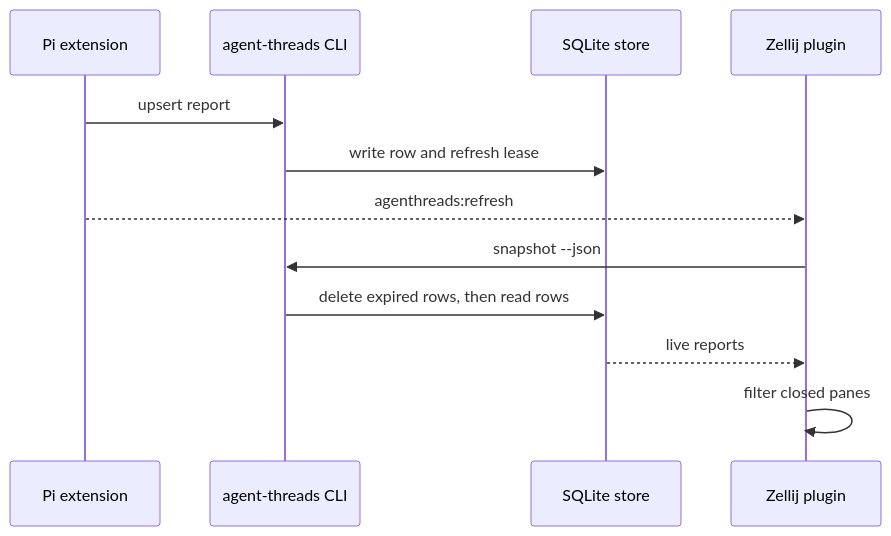
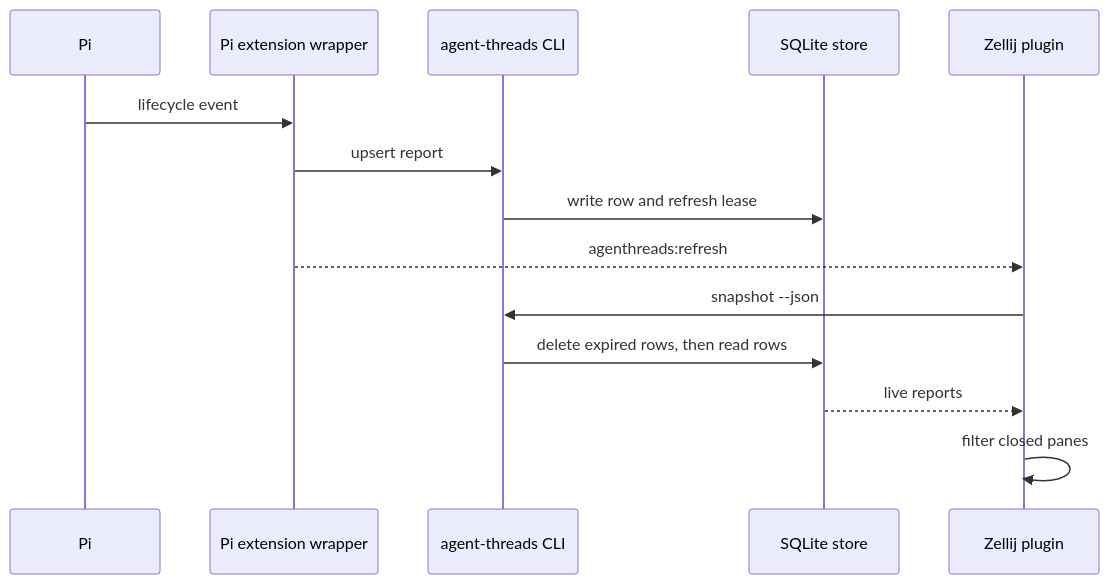
One commit to zenobi-us/zellij-agent-threads changed the sixth of 6 diagrams in apps/docs/content/how-it-works.md. Above: the diagram before and after it, drawn with Mermaid. The commit also changed other lines of this file and 8 other files, not shown here.

````diff
--- a/apps/docs/content/how-it-works.md
+++ b/apps/docs/content/how-it-works.md
@@ -151,14 +122,16 @@
 ```mermaid
 sequenceDiagram
-  participant Pi as Pi extension
+  participant Pi as Pi
+  participant Extension as Pi extension wrapper
   participant CLI as agent-threads CLI
   participant DB as SQLite store
   participant Plugin as Zellij plugin
-  Pi->>CLI: upsert report
+  Pi->>Extension: lifecycle event
+  Extension->>CLI: upsert report
   CLI->>DB: write row and refresh lease
-  Pi-->>Plugin: agenthreads:refresh
+  Extension-->>Plugin: agenthreads:refresh
   Plugin->>CLI: snapshot --json
   CLI->>DB: delete expired rows, then read rows
   DB-->>Plugin: live reports
   Plugin->>Plugin: filter closed panes
 ```
````
